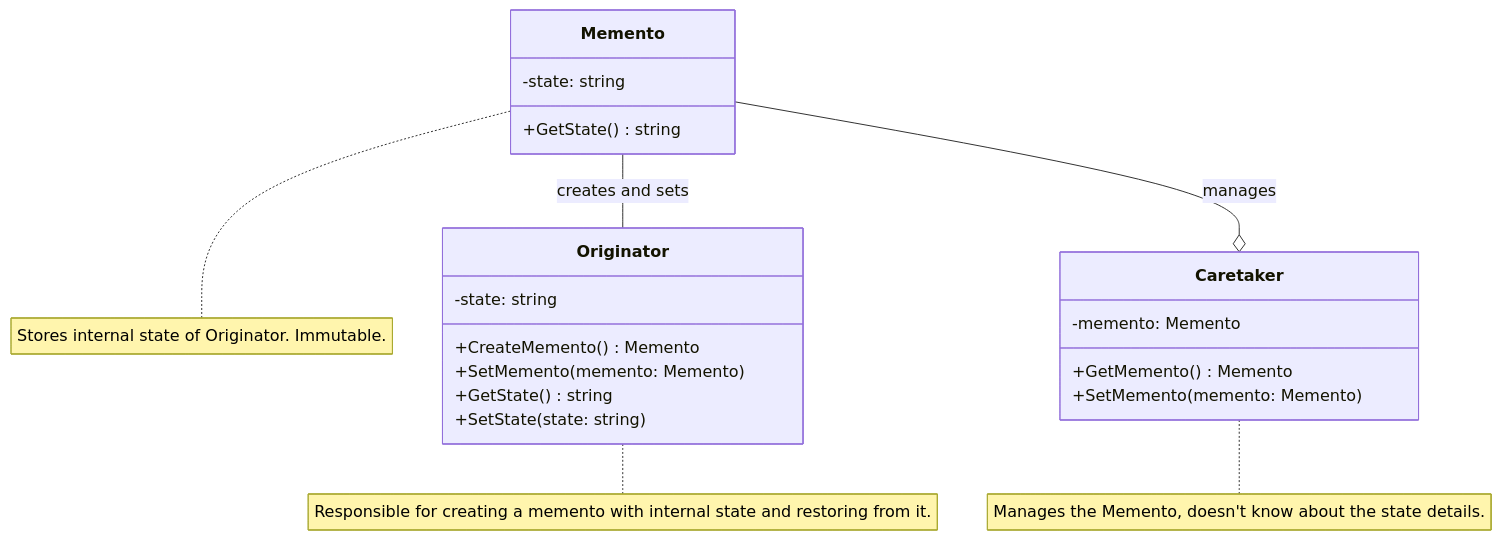
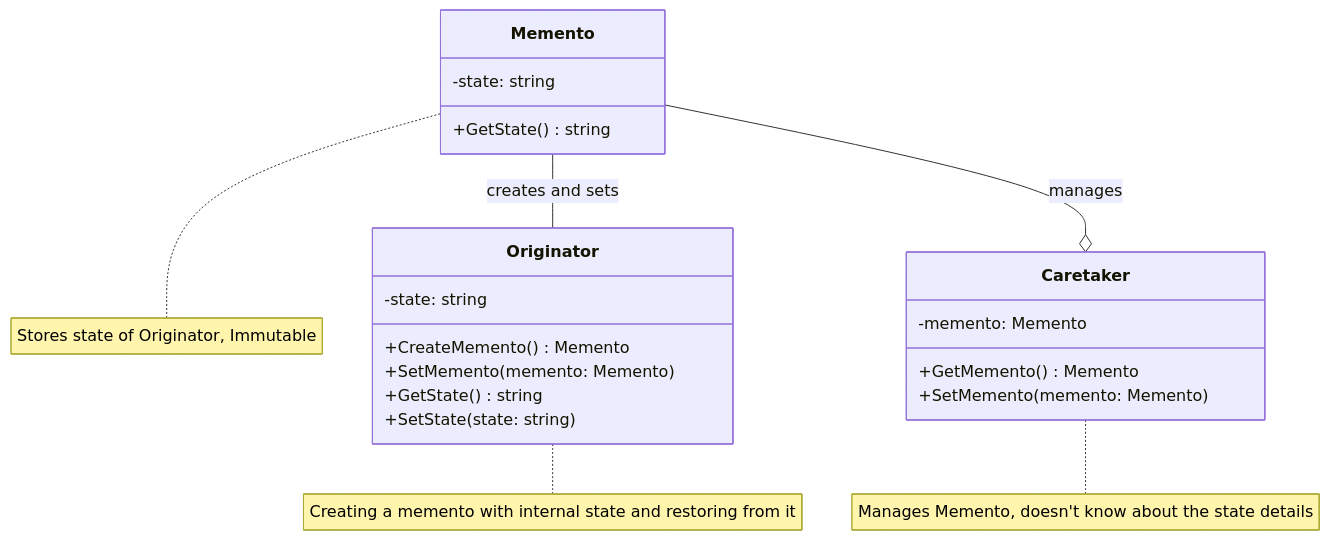
The first of 2 diagrams in diagrams/memento.md (IxI-Enki/PoseUebung-016), drawn with Mermaid before and after one commit.

````diff
--- a/diagrams/memento.md
+++ b/diagrams/memento.md
@@ -5,29 +5,29 @@
 ```mermaid
 classDiagram
   direction BT
     class Originator {
         -state: string
         +CreateMemento() Memento
         +SetMemento(memento: Memento)
         +GetState() string
         +SetState(state: string)
     }
 
     class Memento {
         -state: string
         +GetState() string
     }
 
     class Caretaker {
         -memento: Memento
         +GetMemento() Memento
         +SetMemento(memento: Memento)
     }
 
     Originator -- Memento : creates and sets
     Caretaker o-- Memento : manages
 
-    note for Originator "Responsible for creating a memento with internal state and restoring from it."
-    note for Memento "Stores internal state of Originator. Immutable."
-    note for Caretaker "Manages the Memento, doesn't know about the state details."
+    note for Originator "Creating a memento with internal state and restoring from it"
+    note for Memento "Stores state of Originator, Immutable"
+    note for Caretaker "Manages Memento, doesn't know about the state details"
 ```
````
